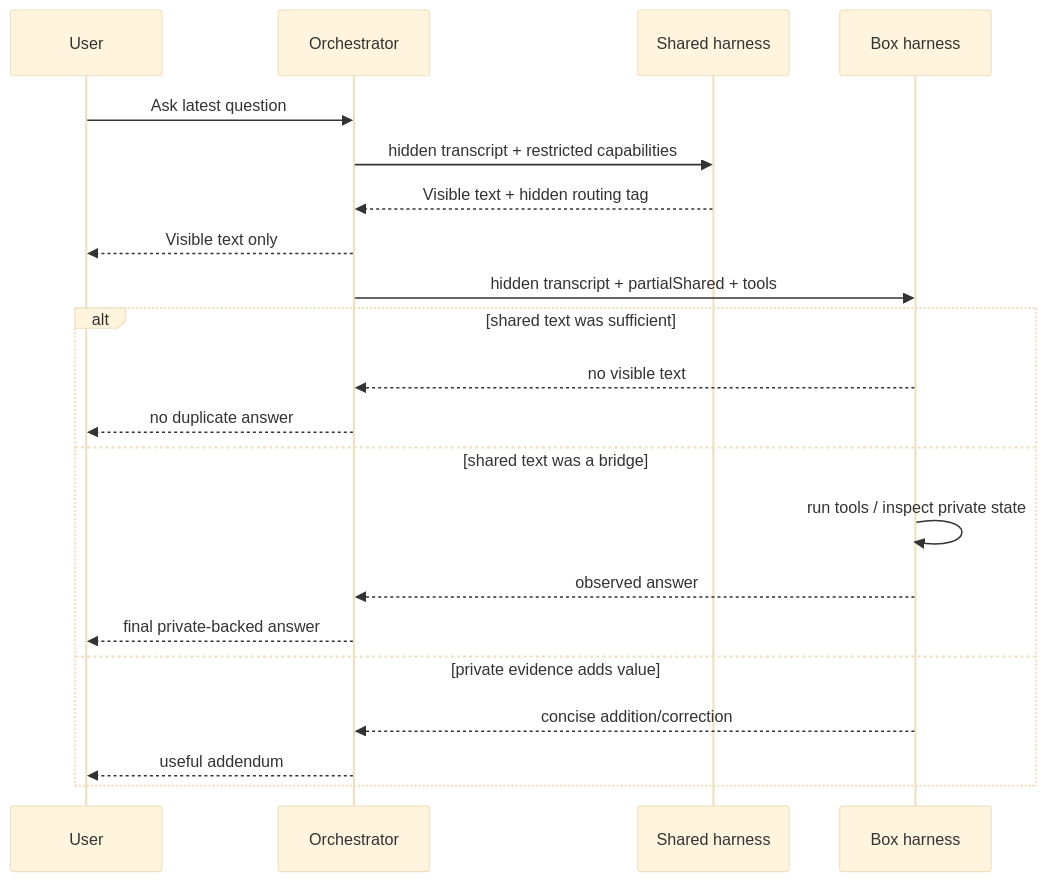
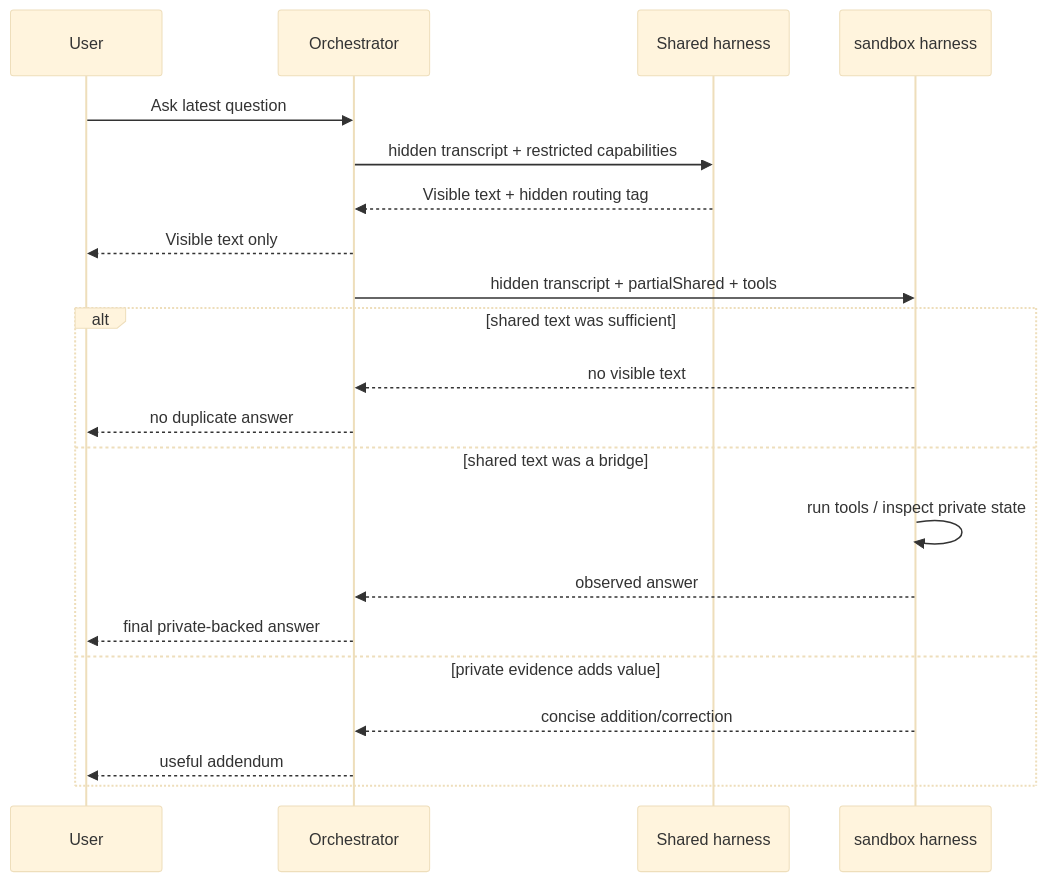
Before and after one commit to ariana-dot-dev/optibox: the second of 15 diagrams in docs/optibox-handoff-technical-report.md, drawn with Mermaid (base theme). The commit also changed other lines of this file and 26 other files, not shown here.

First line of the commit message:
rename Box to Boat: the product is Boat, the machine is a sandbox

````diff
--- a/docs/optibox-handoff-technical-report.md
+++ b/docs/optibox-handoff-technical-report.md
@@ -97,23 +97,23 @@
 ```mermaid
 sequenceDiagram
     participant U as User
     participant O as Orchestrator
     participant S as Shared harness
-    participant B as Box harness
+    participant B as sandbox harness
     U->>O: Ask latest question
     O->>S: hidden transcript + restricted capabilities
     S-->>O: Visible text + hidden routing tag
     O-->>U: Visible text only
     O->>B: hidden transcript + partialShared + tools
     alt shared text was sufficient
       B-->>O: no visible text
       O-->>U: no duplicate answer
     else shared text was a bridge
       B->>B: run tools / inspect private state
       B-->>O: observed answer
       O-->>U: final private-backed answer
     else private evidence adds value
       B-->>O: concise addition/correction
       O-->>U: useful addendum
     end
 ```
````
